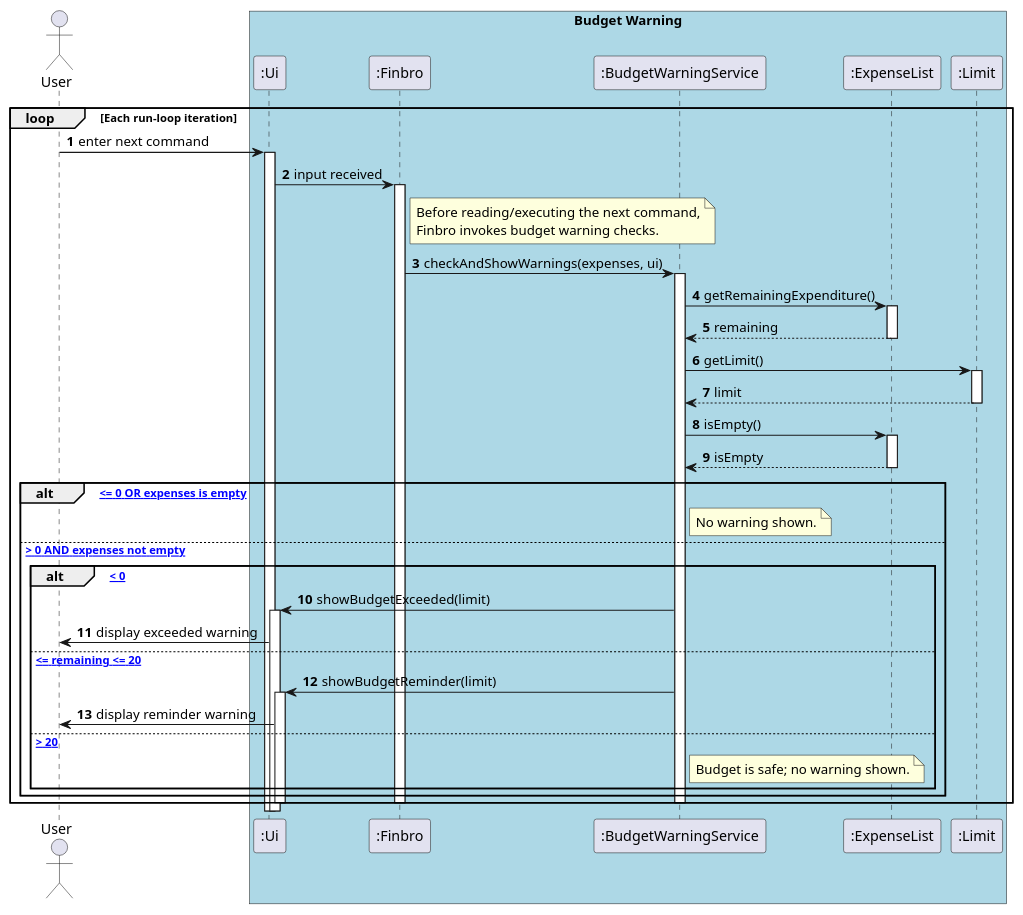
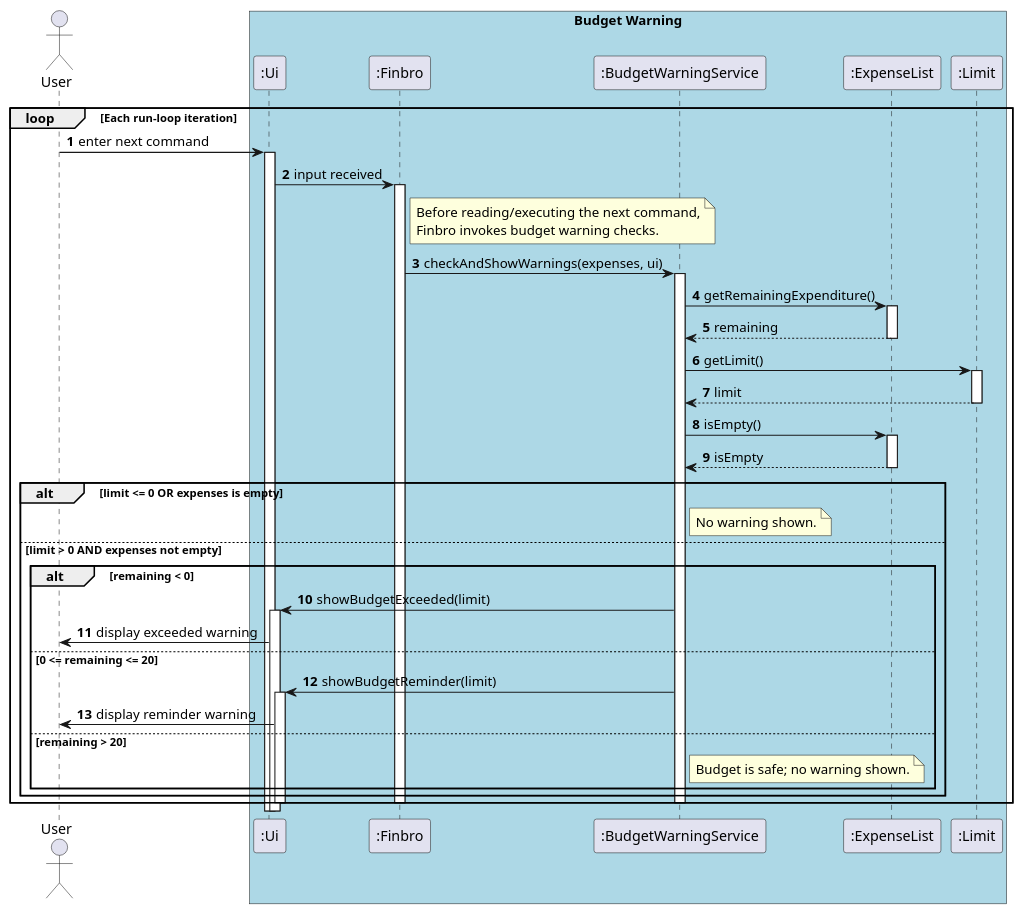
One commit to Kushalshah0402/tp changed the diagram in docs/UML_diagrams/BudgetWarningService.puml. Above: the diagram before and after it, drawn with PlantUML. The commit also changed 7 other files, not shown here.

```diff
--- a/docs/UML_diagrams/BudgetWarningService.puml
+++ b/docs/UML_diagrams/BudgetWarningService.puml
@@ -1,70 +1,70 @@
 @startuml BudgetWarningService
 'https://plantuml.com/sequence-diagram
 actor User
 
 box "Budget Warning" #LightBlue
 participant ":Ui"
 participant ":Finbro"
 participant ":BudgetWarningService"
 participant ":ExpenseList"
 participant ":Limit"
 end box
 
 autonumber
 
 loop Each run-loop iteration
 	User -> ":Ui" : enter next command
 	activate ":Ui"
 
 	":Ui" -> ":Finbro" : input received
 	activate ":Finbro"
 
 	note right of ":Finbro"
 	  Before reading/executing the next command,
 	  Finbro invokes budget warning checks.
 	end note
 
 	":Finbro" -> ":BudgetWarningService" : checkAndShowWarnings(expenses, ui)
 	activate ":BudgetWarningService"
 
 	":BudgetWarningService" -> ":ExpenseList" : getRemainingExpenditure()
 	activate ":ExpenseList"
 	return remaining
 
 	":BudgetWarningService" -> ":Limit" : getLimit()
 	activate ":Limit"
 	return limit
 
 	":BudgetWarningService" -> ":ExpenseList" : isEmpty()
 	activate ":ExpenseList"
 	return isEmpty
 
-	alt [limit <= 0 OR expenses is empty]
+	alt limit <= 0 OR expenses is empty
 		note right of ":BudgetWarningService"
 		  No warning shown.
 		end note
 
-	else [limit > 0 AND expenses not empty]
-		alt [remaining < 0]
+	else limit > 0 AND expenses not empty
+		alt remaining < 0
 			":BudgetWarningService" -> ":Ui" : showBudgetExceeded(limit)
 			activate ":Ui"
 			":Ui" -> User : display exceeded warning
 
-		else [0 <= remaining <= 20]
+		else 0 <= remaining <= 20
 			":BudgetWarningService" -> ":Ui" : showBudgetReminder(limit)
 			activate ":Ui"
 			":Ui" -> User : display reminder warning
 
-		else [remaining > 20]
+		else remaining > 20
 			note right of ":BudgetWarningService"
 			  Budget is safe; no warning shown.
 			end note
 		end
 	end
 
 	deactivate ":BudgetWarningService"
 	deactivate ":Finbro"
 	deactivate ":Ui"
 end
 
 @enduml
```
